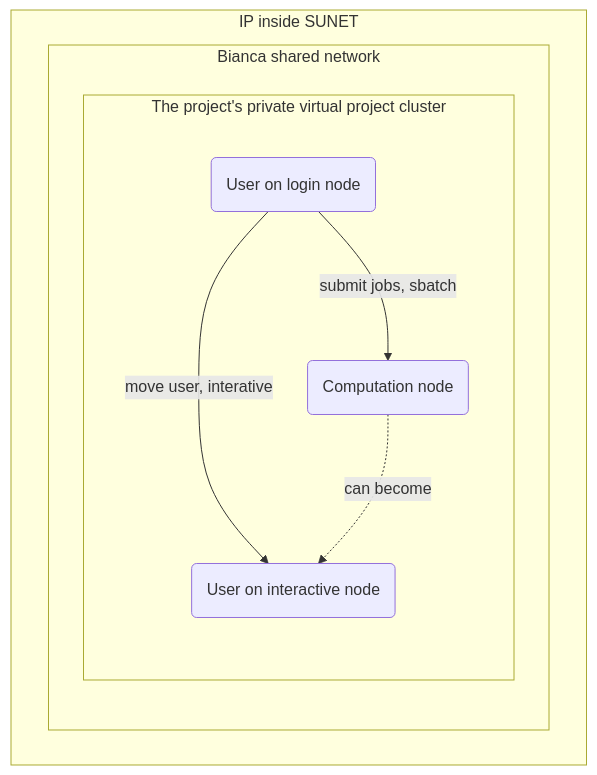
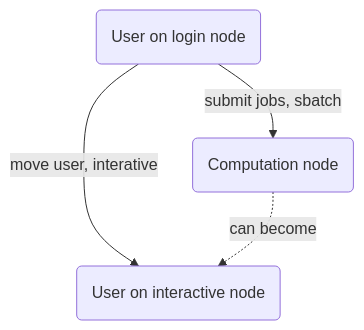
The second of 3 diagrams in docs/cluster_guides/uppmax_cluster.md (UPPMAX/UPPMAX-documentation), drawn with Mermaid before and after one commit. The commit also changed 1 other file, not shown here.

Commit message:
Simplified

````diff
--- a/docs/cluster_guides/uppmax_cluster.md
+++ b/docs/cluster_guides/uppmax_cluster.md
@@ -104,17 +104,11 @@
 ```mermaid
 flowchart TD
 
-    subgraph sub_inside[IP inside SUNET]
-      subgraph sub_bianca_shared_env[Bianca shared network]
-        subgraph sub_bianca_private_env[The project's private virtual project cluster]
-          login_node(User on login node)
-          interactive_node(User on interactive node)
-          computation_node(Computation node)
-        end
-      end
-    end
+  login_node(User on login node)
+  interactive_node(User on interactive node)
+  computation_node(Computation node)
 
-    login_node --> |move user, interative|interactive_node
-    login_node --> |submit jobs, sbatch|computation_node
-    computation_node -.-> |can become| interactive_node
+  login_node --> |move user, interative|interactive_node
+  login_node --> |submit jobs, sbatch|computation_node
+  computation_node -.-> |can become| interactive_node
 ```
````
